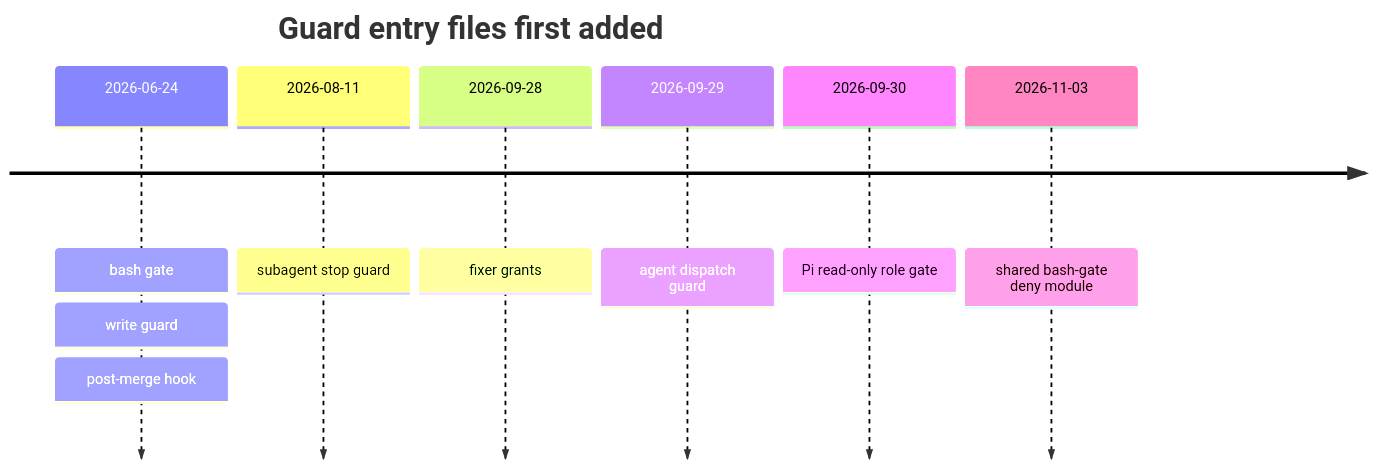
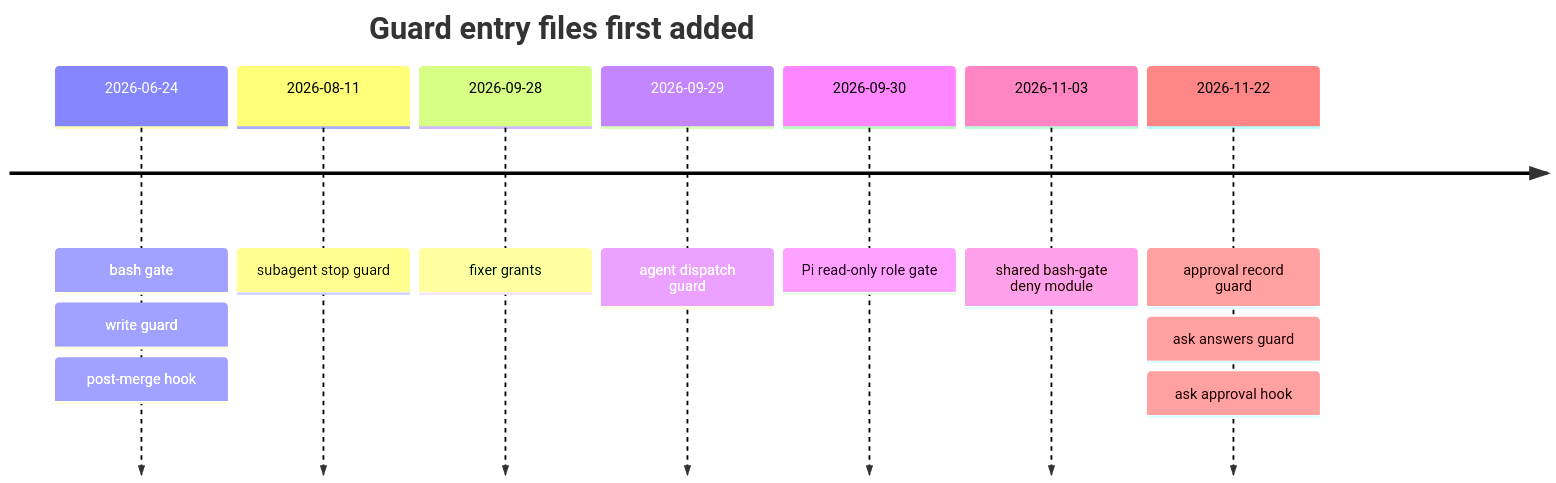
Before and after one commit to mfittko/dev-loops: diagram 16 of 16 in docs/atlas/09-hooks-and-guards.md, drawn with Mermaid. The commit also changed other lines of this file, not shown here.

````diff
--- a/docs/atlas/09-hooks-and-guards.md
+++ b/docs/atlas/09-hooks-and-guards.md
@@ -488,10 +514,11 @@
 ```mermaid
 timeline
   title Guard entry files first added
   2026-06-24 : bash gate : write guard : post-merge hook
   2026-08-11 : subagent stop guard
   2026-09-28 : fixer grants
   2026-09-29 : agent dispatch guard
   2026-09-30 : Pi read-only role gate
   2026-11-03 : shared bash-gate deny module
+  2026-11-22 : approval record guard : ask answers guard : ask approval hook
 ```
````
